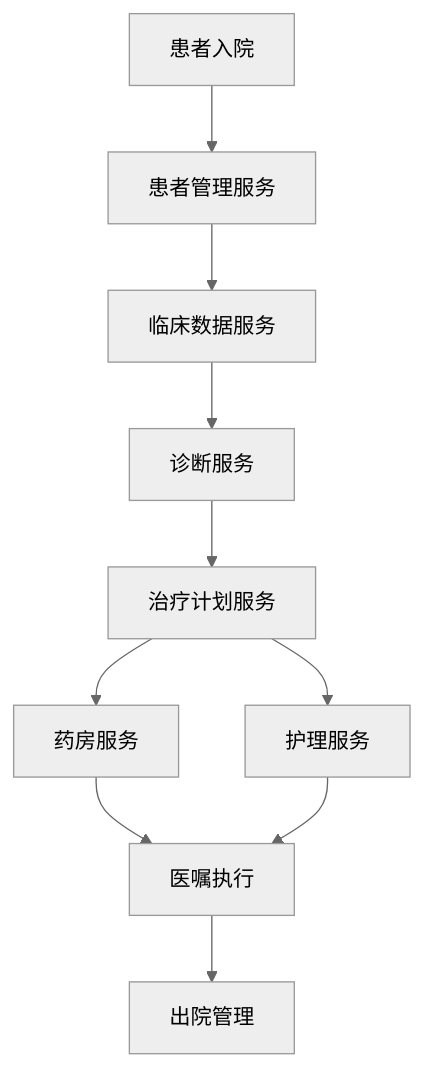
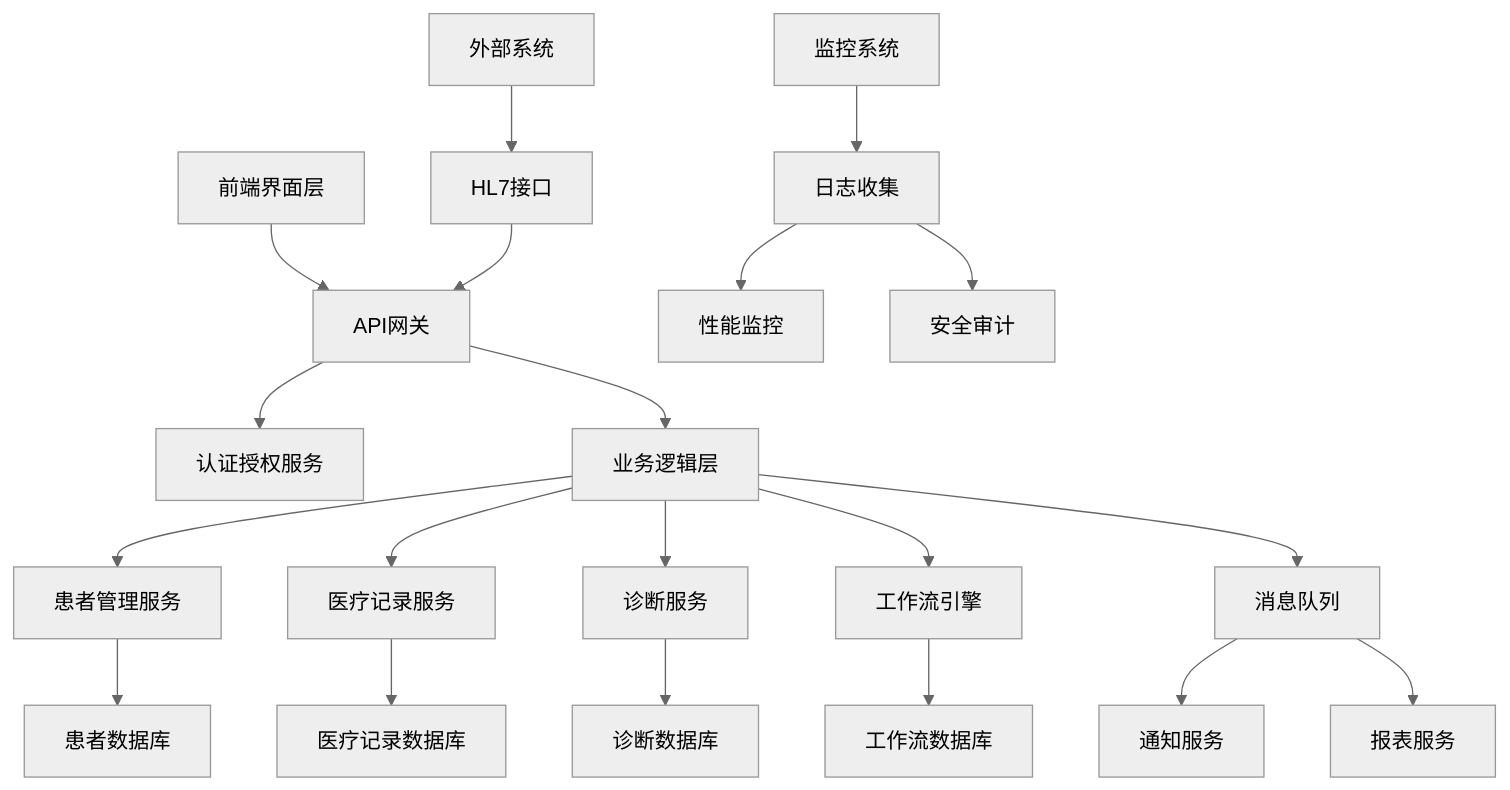
One commit to AdaMartin18010/common changed the diagram in docs/refactor/05-Industry-Domains/09-Healthcare/01-Medical-Information-System/README.md. Above: the diagram before and after it, drawn with Mermaid (neutral theme). The commit also changed other lines of this file and 1 other file, not shown here.

````diff
--- a/docs/refactor/05-Industry-Domains/09-Healthcare/01-Medical-Information-System/README.md
+++ b/docs/refactor/05-Industry-Domains/09-Healthcare/01-Medical-Information-System/README.md
@@ -66,12 +95,27 @@
 ```mermaid
 graph TB
-    A[患者入院] --> B[患者管理服务]
-    B --> C[临床数据服务]
-    C --> D[诊断服务]
-    D --> E[治疗计划服务]
-    E --> F[药房服务]
-    E --> G[护理服务]
-    F --> H[医嘱执行]
-    G --> H
-    H --> I[出院管理]
+    A[前端界面层] --> B[API网关]
+    B --> C[认证授权服务]
+    B --> D[业务逻辑层]
+    
+    D --> E[患者管理服务]
+    D --> F[医疗记录服务]
+    D --> G[诊断服务]
+    D --> H[工作流引擎]
+    
+    E --> I[患者数据库]
+    F --> J[医疗记录数据库]
+    G --> K[诊断数据库]
+    H --> L[工作流数据库]
+    
+    D --> M[消息队列]
+    M --> N[通知服务]
+    M --> O[报表服务]
+    
+    P[外部系统] --> Q[HL7接口]
+    Q --> B
+    
+    R[监控系统] --> S[日志收集]
+    S --> T[性能监控]
+    S --> U[安全审计]
 ```
````
